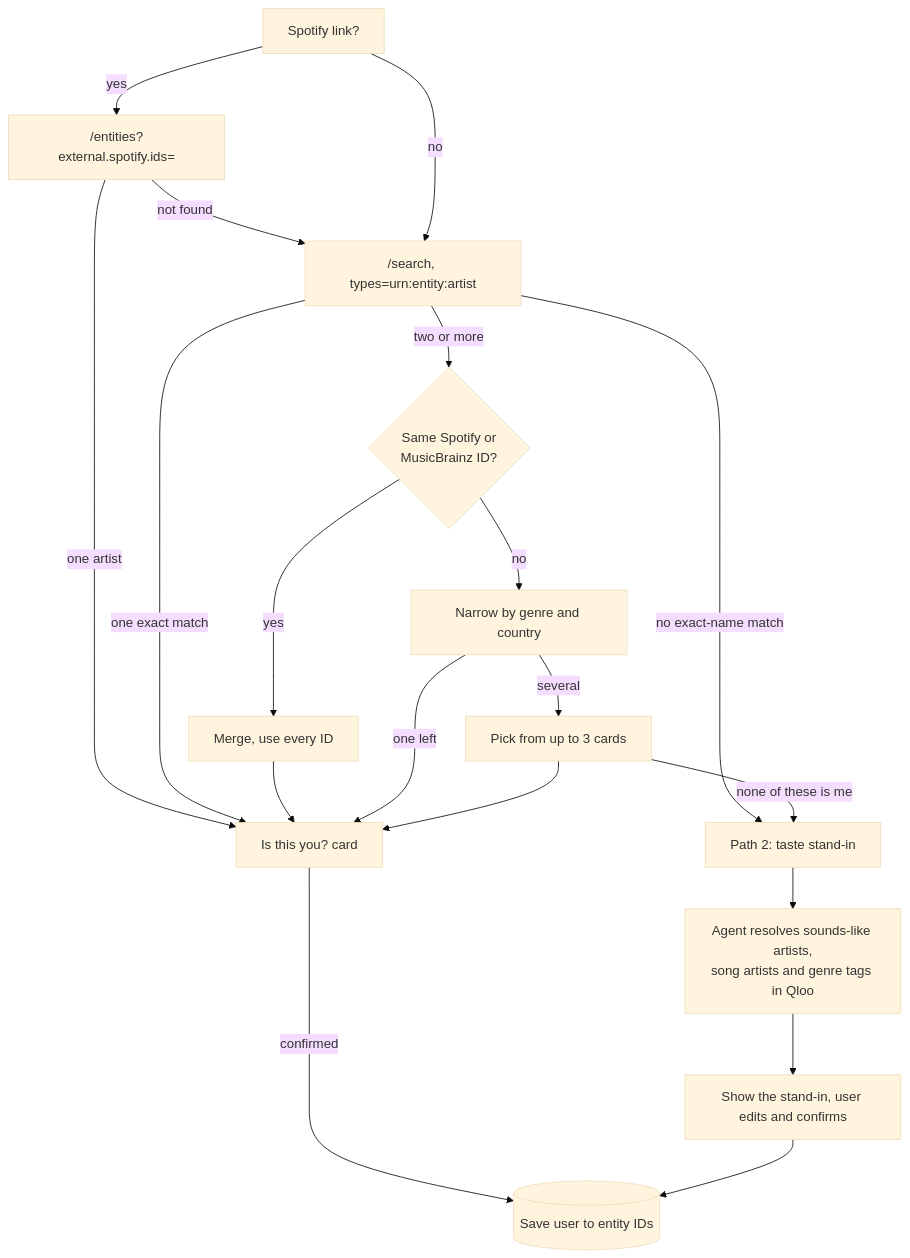
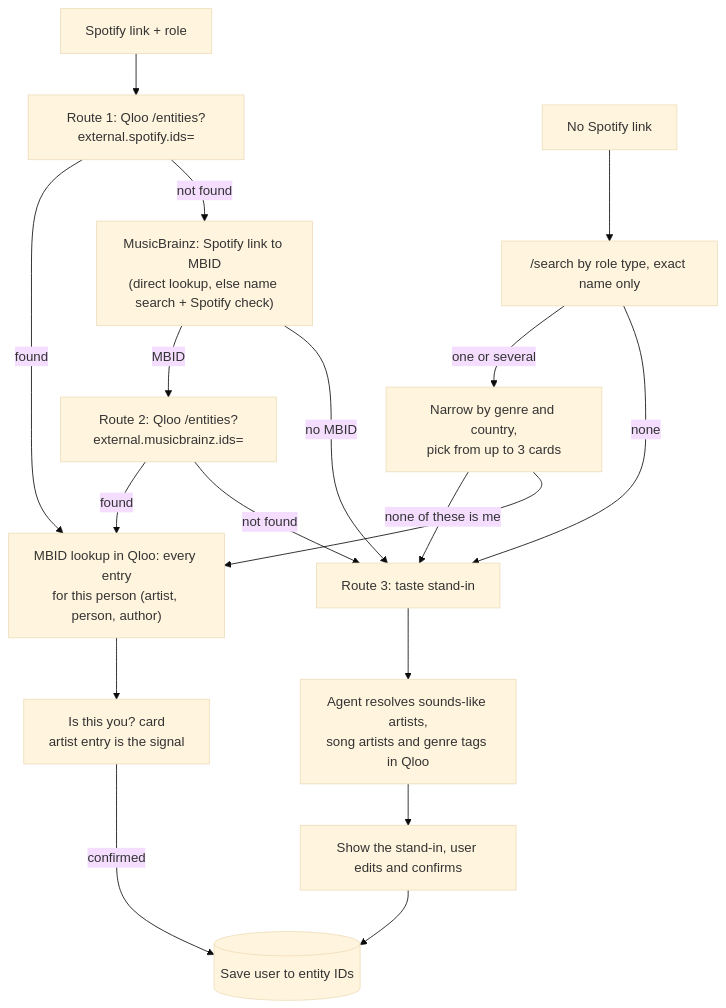
One commit to PRACHIT27/Cue changed the second of 3 diagrams in DESIGN.md. Above: the diagram before and after it, drawn with Mermaid (base theme). The commit also changed other lines of this file and 3 other files, not shown here.

First line of the commit message:
Onboarding as three routes; more live Qloo findings

````diff
--- a/DESIGN.md
+++ b/DESIGN.md
@@ -54,20 +54,20 @@
 ```mermaid
 flowchart TB
-    S[Spotify link?] -->|yes| L["/entities?external.spotify.ids="]
-    L -->|one artist| C[Is this you? card]
-    L -->|not found| N
-    S -->|no| N["/search, types=urn:entity:artist"]
-    N -->|no exact-name match| P2[Path 2: taste stand-in]
-    N -->|one exact match| C
-    N -->|two or more| D{Same Spotify or<br/>MusicBrainz ID?}
-    D -->|yes| M[Merge, use every ID] --> C
-    D -->|no| F[Narrow by genre and country]
-    F -->|one left| C
-    F -->|several| K[Pick from up to 3 cards]
-    K -->|none of these is me| P2
-    K --> C
+    S[Spotify link + role] --> R1["Route 1: Qloo /entities?external.spotify.ids="]
+    R1 -->|found| G
+    R1 -->|not found| MB["MusicBrainz: Spotify link to MBID<br/>(direct lookup, else name search + Spotify check)"]
+    MB -->|MBID| R2["Route 2: Qloo /entities?external.musicbrainz.ids="]
+    MB -->|no MBID| R3
+    R2 -->|found| G
+    R2 -->|not found| R3[Route 3: taste stand-in]
+    G["MBID lookup in Qloo: every entry<br/>for this person (artist, person, author)"] --> C[Is this you? card<br/>artist entry is the signal]
+    NS[No Spotify link] --> N["/search by role type, exact name only"]
+    N -->|one or several| K[Narrow by genre and country,<br/>pick from up to 3 cards]
+    N -->|none| R3
+    K -->|none of these is me| R3
+    K --> G
     C -->|confirmed| V[(Save user to entity IDs)]
-    P2 --> Q[Agent resolves sounds-like artists,<br/>song artists and genre tags in Qloo]
+    R3 --> Q[Agent resolves sounds-like artists,<br/>song artists and genre tags in Qloo]
     Q --> E[Show the stand-in, user edits and confirms]
     E --> V
 ```
````
